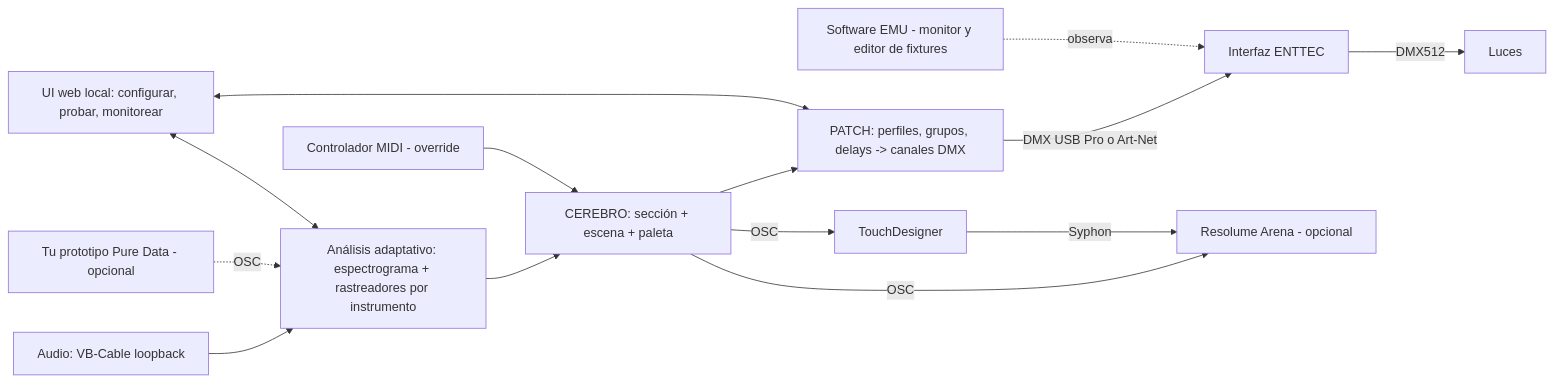
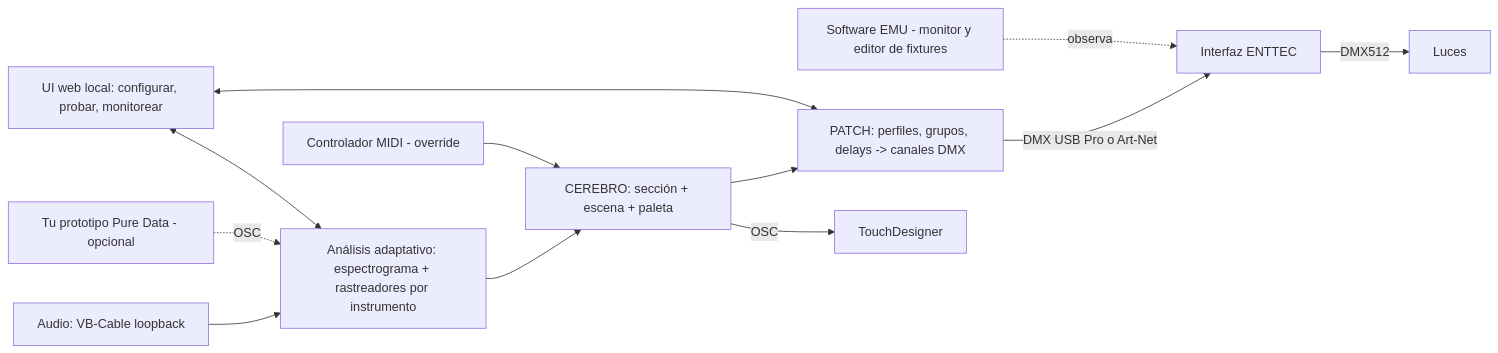
One commit to nicogarazzo/Dev changed the diagram in docs/PLAN_MVP.md. Above: the diagram before and after it, drawn with Mermaid. The commit also changed other lines of this file and 18 other files, not shown here.

````diff
--- a/docs/PLAN_MVP.md
+++ b/docs/PLAN_MVP.md
@@ -53,15 +53,13 @@
 ```mermaid
 flowchart LR
   A[Audio: VB-Cable loopback] --> B[Análisis adaptativo: espectrograma + rastreadores por instrumento]
   PD[Tu prototipo Pure Data - opcional] -. OSC .-> B
   B --> C[CEREBRO: sección + escena + paleta]
   K[Controlador MIDI - override] --> C
   C --> P[PATCH: perfiles, grupos, delays -> canales DMX]
   P -->|DMX USB Pro o Art-Net| E[Interfaz ENTTEC] -->|DMX512| L[Luces]
   EMU[Software EMU - monitor y editor de fixtures] -. observa .-> E
   C -->|OSC| T[TouchDesigner]
-  C -->|OSC| R[Resolume Arena - opcional]
-  T -->|Syphon| R
   U[UI web local: configurar, probar, monitorear] <--> P
   U <--> B
 ```
````
